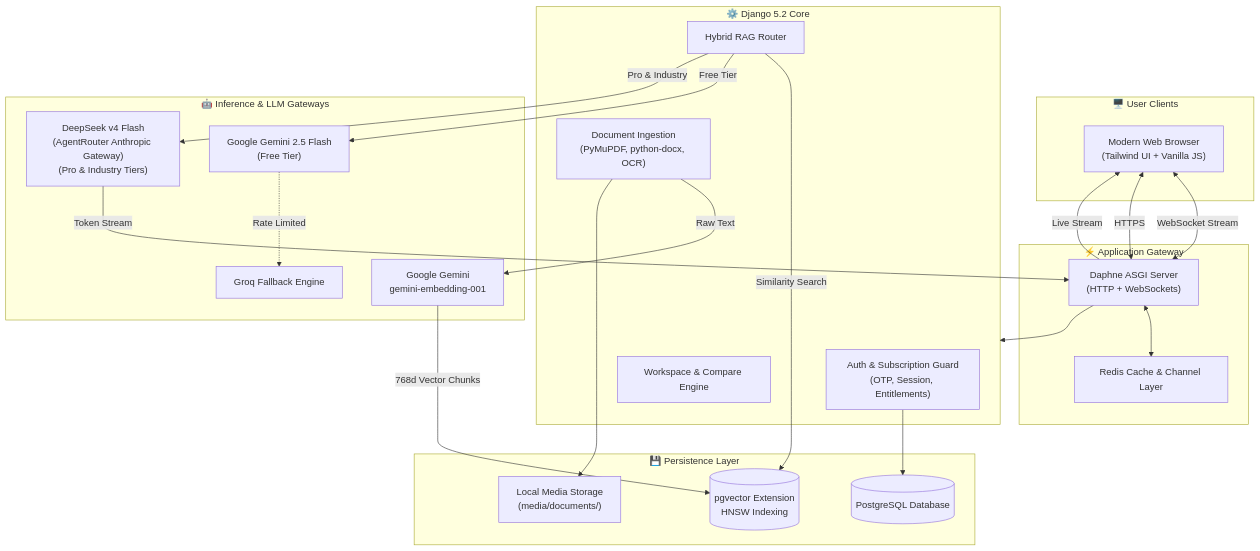
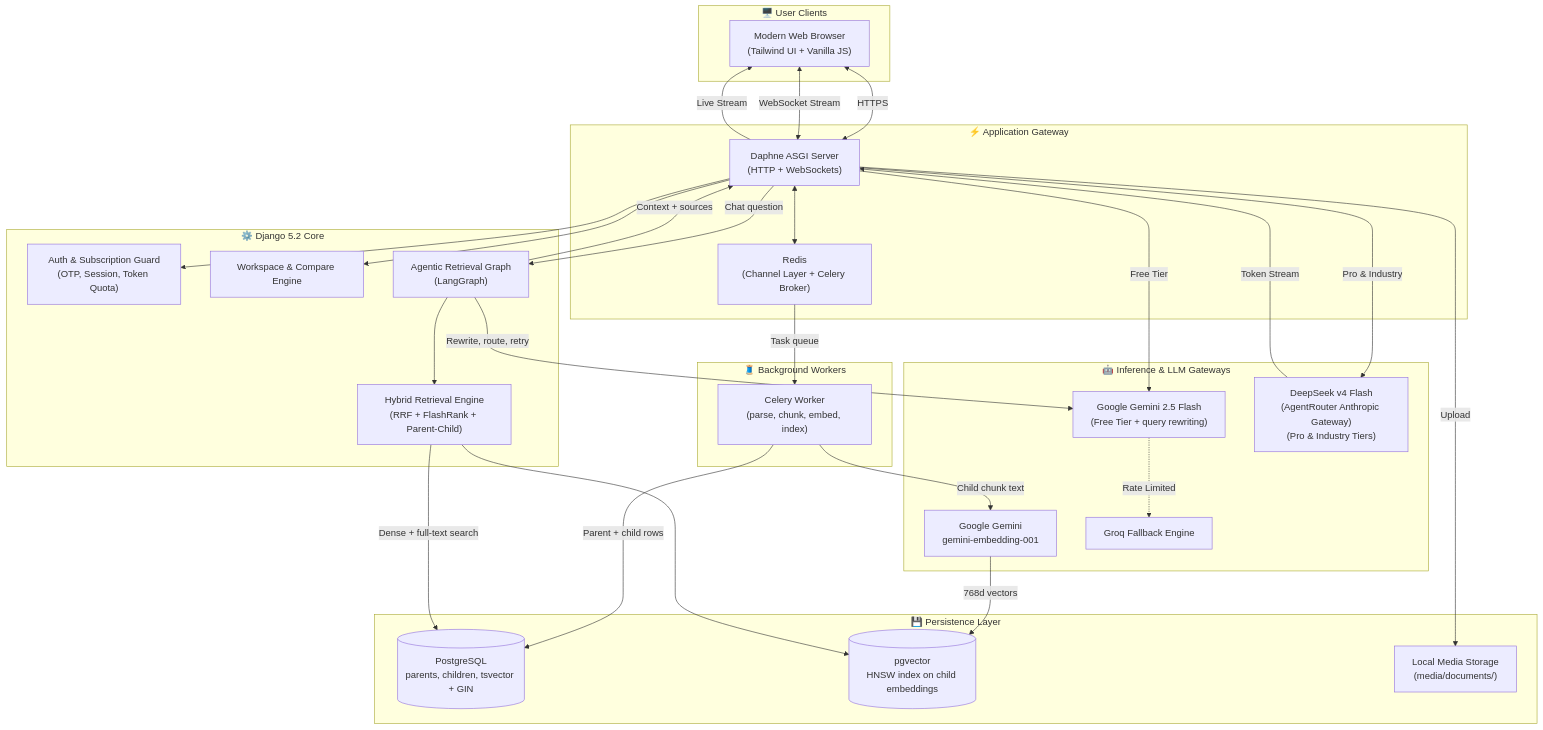
The first of 5 diagrams in README.md (NikhilAmbure/InsightDocs_AI), drawn with Mermaid before and after one commit. The commit also changed other lines of this file and 12 other files, not shown here.

````diff
--- a/README.md
+++ b/README.md
@@ -64,48 +66,60 @@
 ```mermaid
 flowchart TD
     subgraph Client["🖥️ User Clients"]
         Browser["Modern Web Browser<br/>(Tailwind UI + Vanilla JS)"]
     end
 
     subgraph Gateway["⚡ Application Gateway"]
         Daphne["Daphne ASGI Server<br/>(HTTP + WebSockets)"]
-        Redis["Redis Cache & Channel Layer"]
+        Redis["Redis<br/>(Channel Layer + Celery Broker)"]
     end
 
     subgraph Core["⚙️ Django 5.2 Core"]
-        Auth["Auth & Subscription Guard<br/>(OTP, Session, Entitlements)"]
-        DocIngest["Document Ingestion<br/>(PyMuPDF, python-docx, OCR)"]
+        Auth["Auth & Subscription Guard<br/>(OTP, Session, Token Quota)"]
         Workspaces["Workspace & Compare Engine"]
-        RAGRouter["Hybrid RAG Router"]
+        Graph["Agentic Retrieval Graph<br/>(LangGraph)"]
+        Retrieval["Hybrid Retrieval Engine<br/>(RRF + FlashRank + Parent-Child)"]
+    end
+
+    subgraph Workers["🧵 Background Workers"]
+        Celery["Celery Worker<br/>(parse, chunk, embed, index)"]
     end
 
     subgraph Storage["💾 Persistence Layer"]
-        PG[("PostgreSQL Database")]
-        PGVector[("pgvector Extension<br/>HNSW Indexing")]
+        PG[("PostgreSQL<br/>parents, children, tsvector + GIN")]
+        PGVector[("pgvector<br/>HNSW index on child embeddings")]
         LocalStorage["Local Media Storage<br/>(media/documents/)"]
     end
 
     subgraph AI["🤖 Inference & LLM Gateways"]
         GeminiEmbed["Google Gemini<br/>gemini-embedding-001"]
-        GeminiFlash["Google Gemini 2.5 Flash<br/>(Free Tier)"]
+        GeminiFlash["Google Gemini 2.5 Flash<br/>(Free Tier + query rewriting)"]
         GroqFallback["Groq Fallback Engine"]
         DeepSeek["DeepSeek v4 Flash<br/>(AgentRouter Anthropic Gateway)<br/>(Pro & Industry Tiers)"]
     end
 
+    Browser <-->|HTTPS| Daphne
     Browser <-->|WebSocket Stream| Daphne
-    Browser <-->|HTTPS| Daphne
     Daphne <--> Redis
-    Daphne --> Core
+    Daphne --> Auth
+    Daphne --> Workspaces
 
-    DocIngest -->|Raw Text| GeminiEmbed
-    GeminiEmbed -->|768d Vector Chunks| PGVector
-    DocIngest --> LocalStorage
-    Auth --> PG
+    Daphne -->|Upload| LocalStorage
+    Redis -->|Task queue| Celery
+    Celery -->|Child chunk text| GeminiEmbed
+    GeminiEmbed -->|768d vectors| PGVector
+    Celery -->|Parent + child rows| PG
 
-    RAGRouter -->|Similarity Search| PGVector
-    RAGRouter -->|Free Tier| GeminiFlash
+    Daphne -->|Chat question| Graph
+    Graph -->|Rewrite, route, retry| GeminiFlash
+    Graph --> Retrieval
+    Retrieval -->|Dense + full-text search| PG
+    Retrieval --> PGVector
+    Graph -->|Context + sources| Daphne
+
+    Daphne -->|Free Tier| GeminiFlash
     GeminiFlash -.->|Rate Limited| GroqFallback
-    RAGRouter -->|Pro & Industry| DeepSeek
+    Daphne -->|Pro & Industry| DeepSeek
     DeepSeek -->|Token Stream| Daphne
     Daphne -->|Live Stream| Browser
 ```
````
